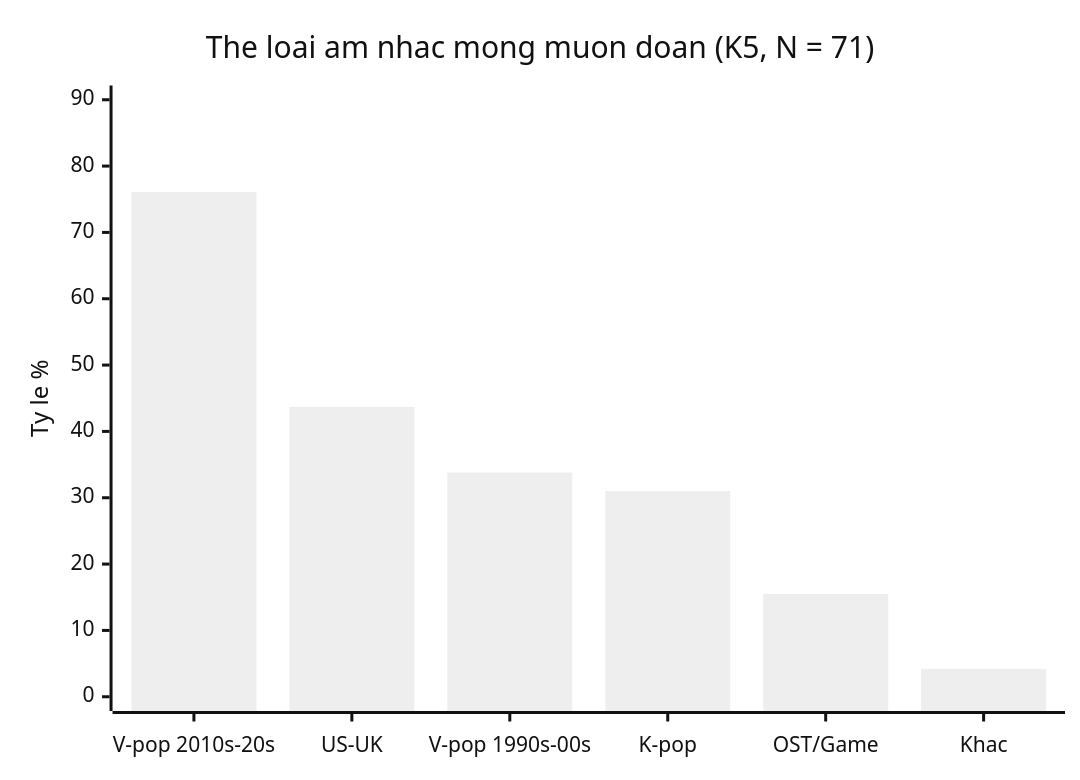
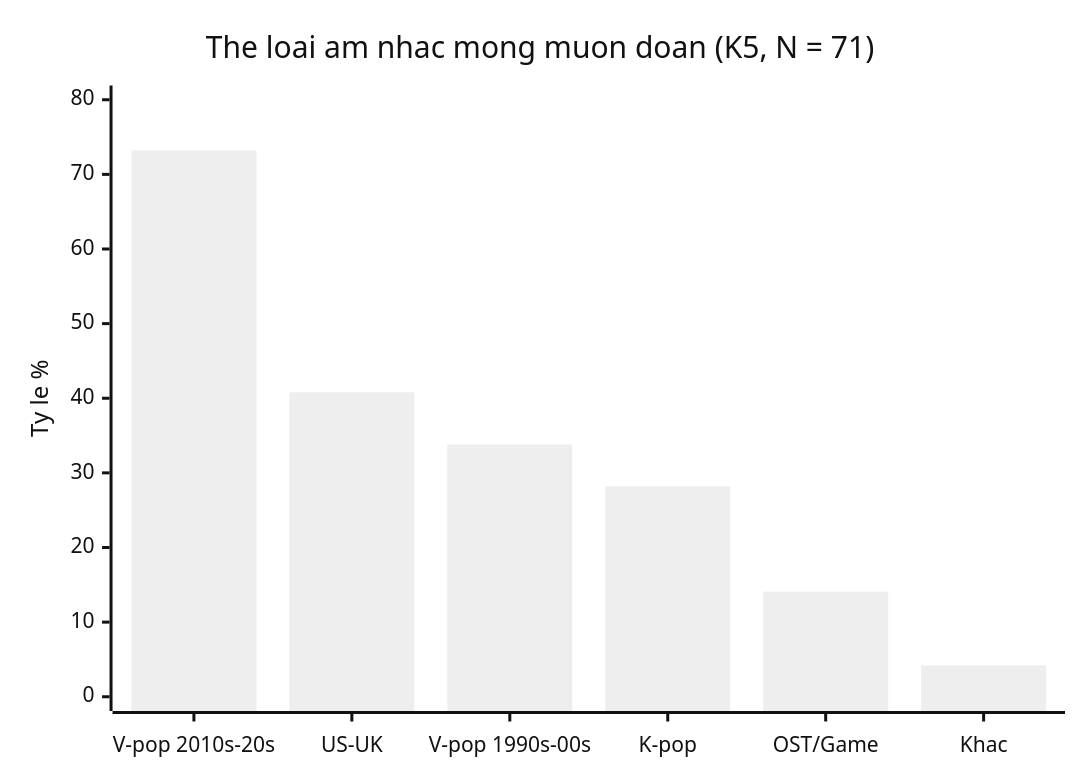
The sixth of 11 diagrams in docs/business/03-survey.md (ThaiDevv/meloo), drawn with Mermaid (neutral theme) before and after one commit. The commit also changed other lines of this file and 1 other file, not shown here.

````diff
--- a/docs/business/03-survey.md
+++ b/docs/business/03-survey.md
@@ -170,7 +179,7 @@
 ```mermaid
 xychart-beta
     title "The loai am nhac mong muon doan (K5, N = 71)"
     x-axis ["V-pop 2010s-20s", "US-UK", "V-pop 1990s-00s", "K-pop", "OST/Game", "Khac"]
-    y-axis "Ty le %" 0 --> 90
-    bar [76.1, 43.7, 33.8, 31.0, 15.5, 4.2]
+    y-axis "Ty le %" 0 --> 80
+    bar [73.2, 40.8, 33.8, 28.2, 14.1, 4.2]
 ```
````
